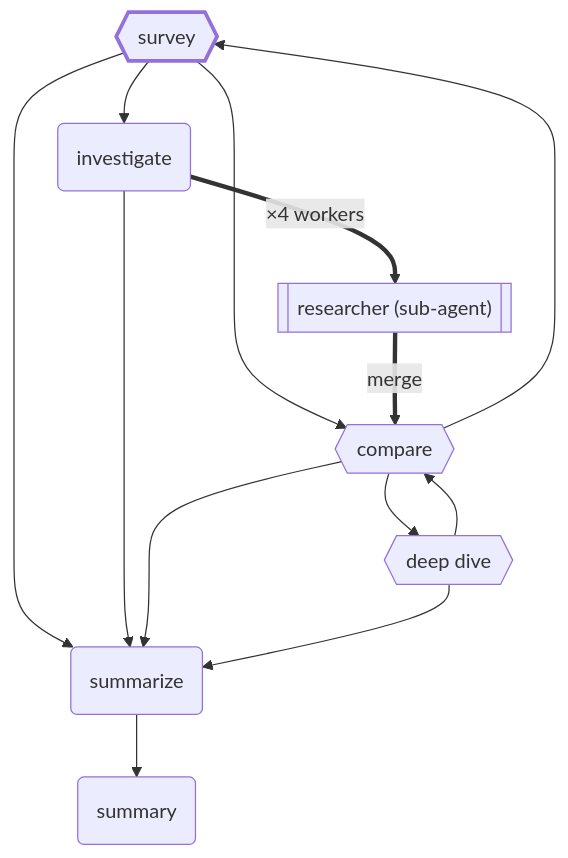
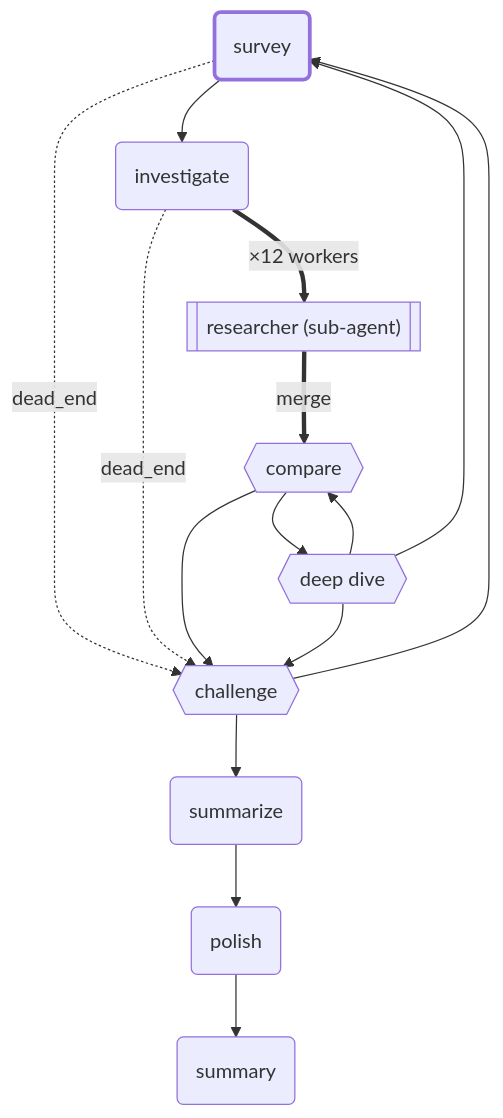
The diagram in docs/assets/agents/src/wide-researcher.mmd (GEMISIS/leviath), drawn with Mermaid before and after one commit. The commit also changed 28 other files, not shown here.

First line of the commit message:
docs(agents): orchestrator catalog entry, regenerated diagrams, eight-agent counts

```diff
--- a/docs/assets/agents/src/wide-researcher.mmd
+++ b/docs/assets/agents/src/wide-researcher.mmd
@@ -1,22 +1,26 @@
 flowchart TD
-    survey{{survey}}
+    survey(survey)
     investigate(investigate)
     compare{{compare}}
     deep_dive{{deep dive}}
     summarize(summarize)
     summary(summary)
+    challenge{{challenge}}
+    polish(polish)
     investigate_workers[["researcher (sub-agent)"]]
     survey --> investigate
-    survey --> compare
-    survey --> summarize
-    investigate ==>|×4 workers| investigate_workers
+    survey -. dead_end .-> challenge
+    investigate ==>|×12 workers| investigate_workers
     investigate_workers ==>|merge| compare
-    investigate --> summarize
-    compare --> survey
+    investigate -. dead_end .-> challenge
     compare --> deep_dive
-    compare --> summarize
+    compare --> challenge
     deep_dive --> compare
-    deep_dive --> summarize
-    summarize --> summary
+    deep_dive --> survey
+    deep_dive --> challenge
+    summarize --> polish
+    challenge --> survey
+    challenge --> summarize
+    polish --> summary
     classDef entry stroke-width:3px
     class survey entry
```
